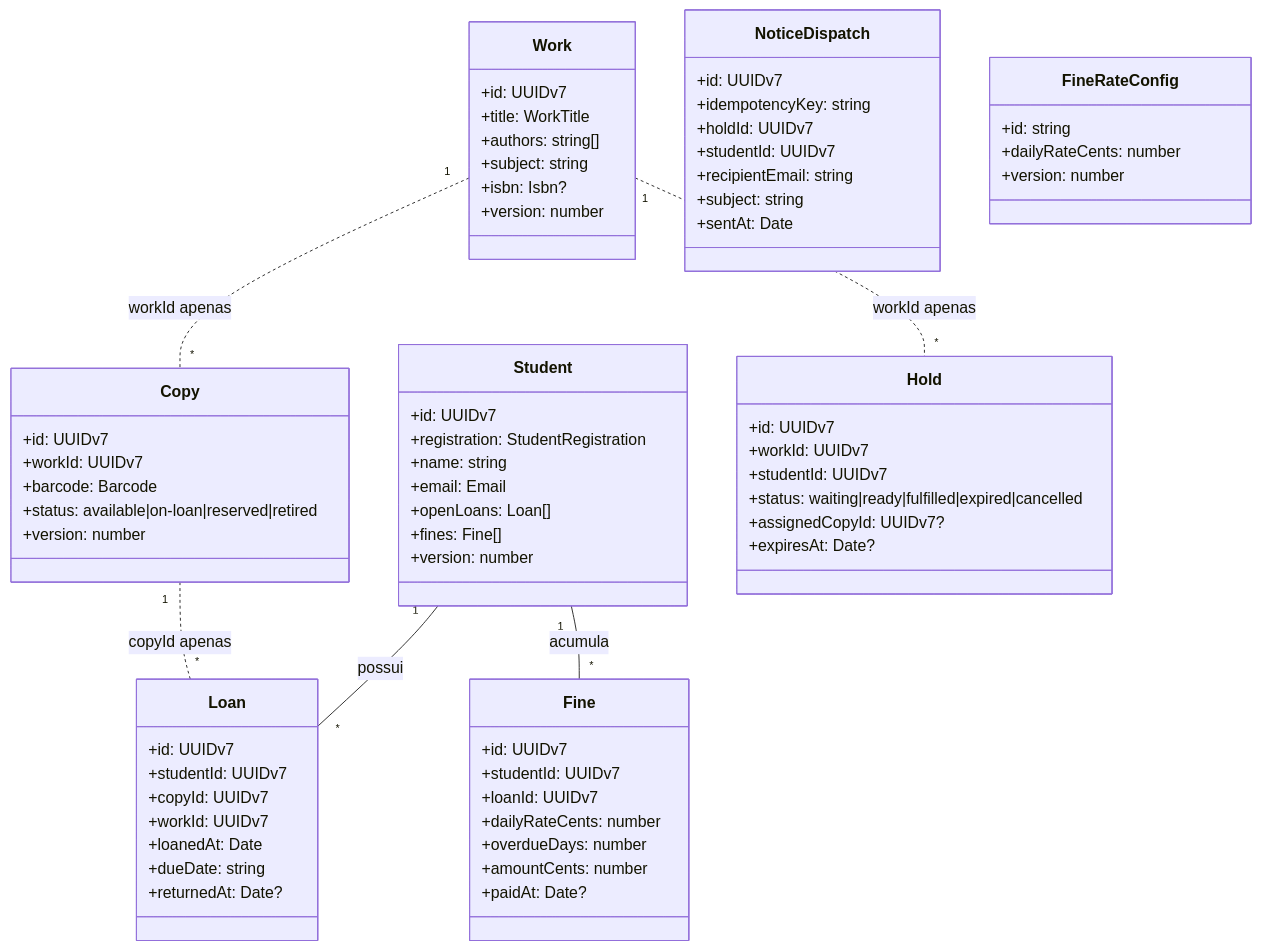
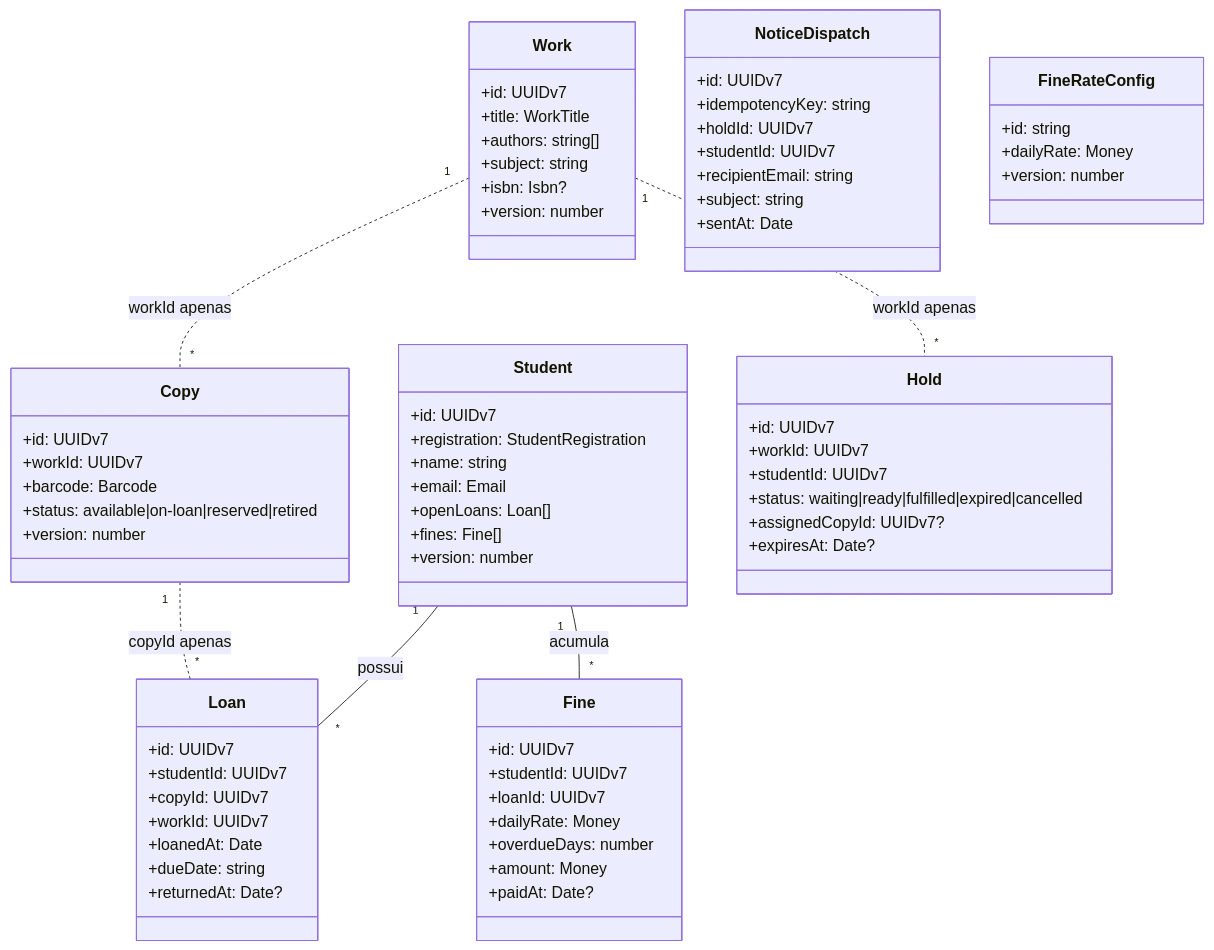
The third of 5 diagrams in docs/architecture.md (ravarmes/poc-ai-first-biblioteca), drawn with Mermaid before and after one commit. The commit also changed 38 other files, not shown here.

````diff
--- a/docs/architecture.md
+++ b/docs/architecture.md
@@ -63,72 +63,72 @@
 ```mermaid
 classDiagram
   class Work {
     +id: UUIDv7
     +title: WorkTitle
     +authors: string[]
     +subject: string
     +isbn: Isbn?
     +version: number
   }
   class Copy {
     +id: UUIDv7
     +workId: UUIDv7
     +barcode: Barcode
     +status: available|on-loan|reserved|retired
     +version: number
   }
   class Student {
     +id: UUIDv7
     +registration: StudentRegistration
     +name: string
     +email: Email
     +openLoans: Loan[]
     +fines: Fine[]
     +version: number
   }
   class Loan {
     +id: UUIDv7
     +studentId: UUIDv7
     +copyId: UUIDv7
     +workId: UUIDv7
     +loanedAt: Date
     +dueDate: string
     +returnedAt: Date?
   }
   class Fine {
     +id: UUIDv7
     +studentId: UUIDv7
     +loanId: UUIDv7
-    +dailyRateCents: number
+    +dailyRate: Money
     +overdueDays: number
-    +amountCents: number
+    +amount: Money
     +paidAt: Date?
   }
   class Hold {
     +id: UUIDv7
     +workId: UUIDv7
     +studentId: UUIDv7
     +status: waiting|ready|fulfilled|expired|cancelled
     +assignedCopyId: UUIDv7?
     +expiresAt: Date?
   }
   class NoticeDispatch {
     +id: UUIDv7
     +idempotencyKey: string
     +holdId: UUIDv7
     +studentId: UUIDv7
     +recipientEmail: string
     +subject: string
     +sentAt: Date
   }
   class FineRateConfig {
     +id: string
-    +dailyRateCents: number
+    +dailyRate: Money
     +version: number
   }
   Student "1" -- "*" Loan : possui
   Student "1" -- "*" Fine : acumula
   Work "1" .. "*" Copy : workId apenas
   Work "1" .. "*" Hold : workId apenas
   Copy "1" .. "*" Loan : copyId apenas
 ```
````
